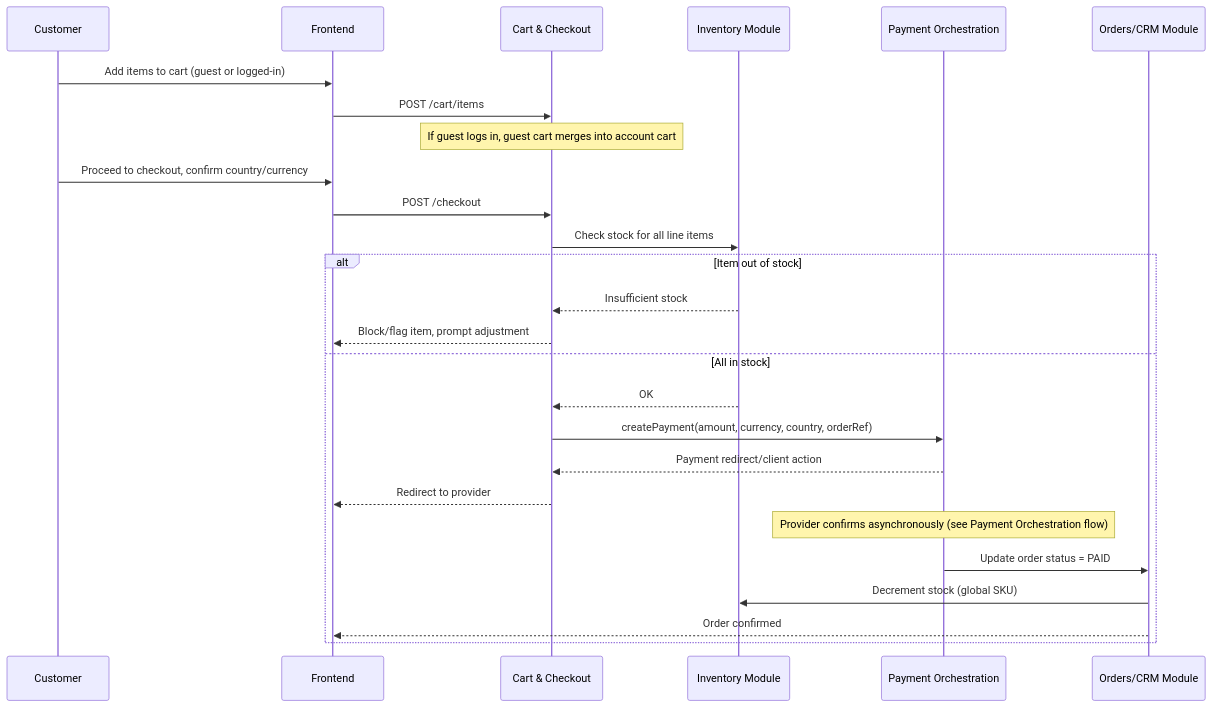
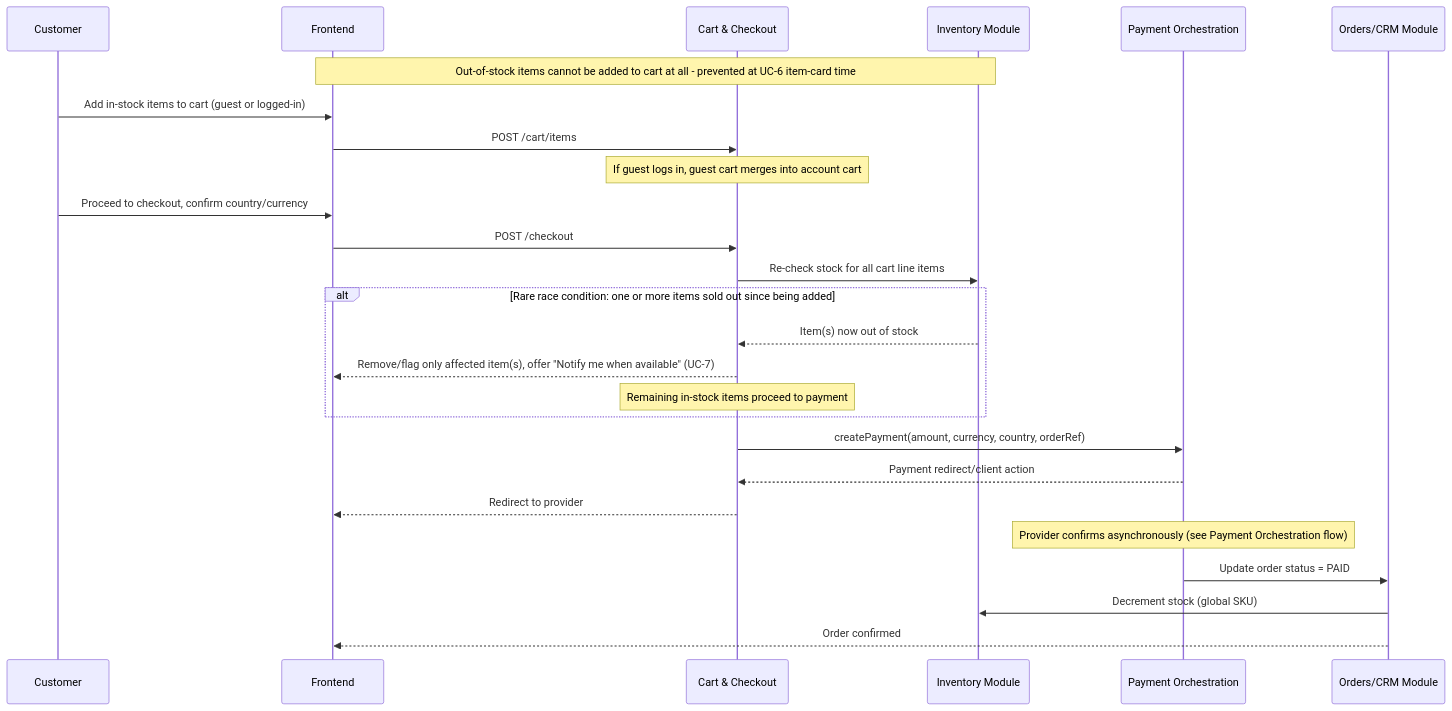
Before and after one commit to DzmitryKamashkaInt/business_analysys_pipeline: the fifth of 11 diagrams in projects/rumica-starter/ready-for-evaluation/architecture-specification.md, drawn with Mermaid. The commit also changed other lines of this file and 1 other file, not shown here.

````diff
--- a/projects/rumica-starter/ready-for-evaluation/architecture-specification.md
+++ b/projects/rumica-starter/ready-for-evaluation/architecture-specification.md
@@ -175,29 +187,29 @@
 ```mermaid
 sequenceDiagram
     participant U as Customer
     participant FE as Frontend
     participant Cart as Cart & Checkout
     participant Inv as Inventory Module
     participant PO as Payment Orchestration
     participant Orders as Orders/CRM Module
 
-    U->>FE: Add items to cart (guest or logged-in)
+    Note over FE,Inv: Out-of-stock items cannot be added to cart at all - prevented at UC-6 item-card time
+    U->>FE: Add in-stock items to cart (guest or logged-in)
     FE->>Cart: POST /cart/items
     Note over Cart: If guest logs in, guest cart merges into account cart
     U->>FE: Proceed to checkout, confirm country/currency
     FE->>Cart: POST /checkout
-    Cart->>Inv: Check stock for all line items
-    alt Item out of stock
-        Inv-->>Cart: Insufficient stock
-        Cart-->>FE: Block/flag item, prompt adjustment
-    else All in stock
-        Inv-->>Cart: OK
-        Cart->>PO: createPayment(amount, currency, country, orderRef)
-        PO-->>Cart: Payment redirect/client action
-        Cart-->>FE: Redirect to provider
-        Note over PO: Provider confirms asynchronously (see Payment Orchestration flow)
-        PO->>Orders: Update order status = PAID
-        Orders->>Inv: Decrement stock (global SKU)
-        Orders-->>FE: Order confirmed
+    Cart->>Inv: Re-check stock for all cart line items
+    alt Rare race condition: one or more items sold out since being added
+        Inv-->>Cart: Item(s) now out of stock
+        Cart-->>FE: Remove/flag only affected item(s), offer "Notify me when available" (UC-7)
+        Note over Cart: Remaining in-stock items proceed to payment
     end
+    Cart->>PO: createPayment(amount, currency, country, orderRef)
+    PO-->>Cart: Payment redirect/client action
+    Cart-->>FE: Redirect to provider
+    Note over PO: Provider confirms asynchronously (see Payment Orchestration flow)
+    PO->>Orders: Update order status = PAID
+    Orders->>Inv: Decrement stock (global SKU)
+    Orders-->>FE: Order confirmed
 ```
````
